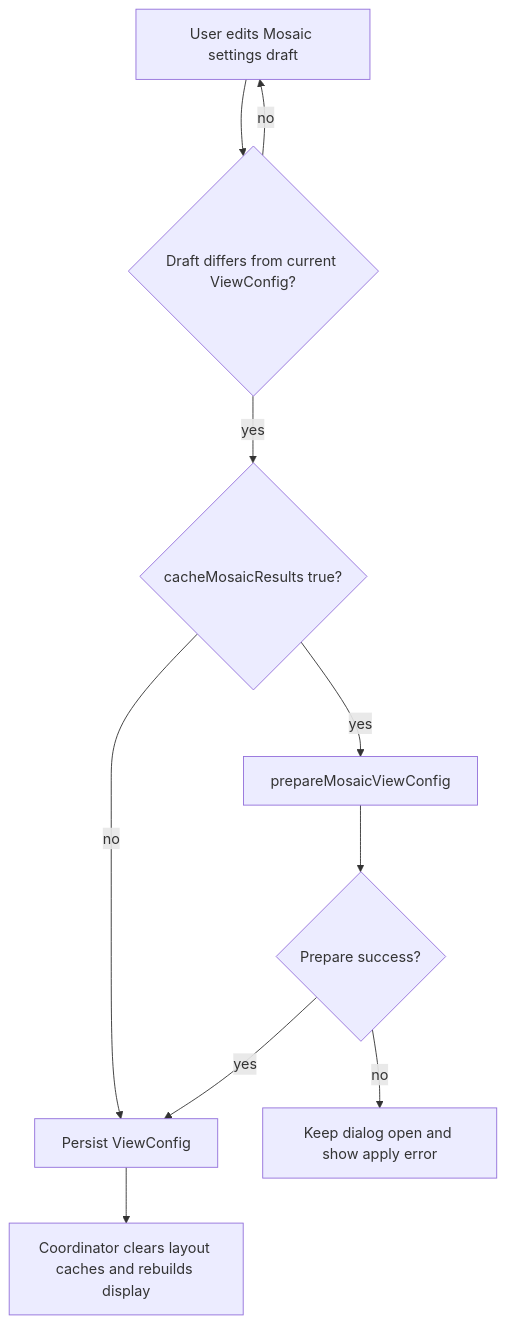
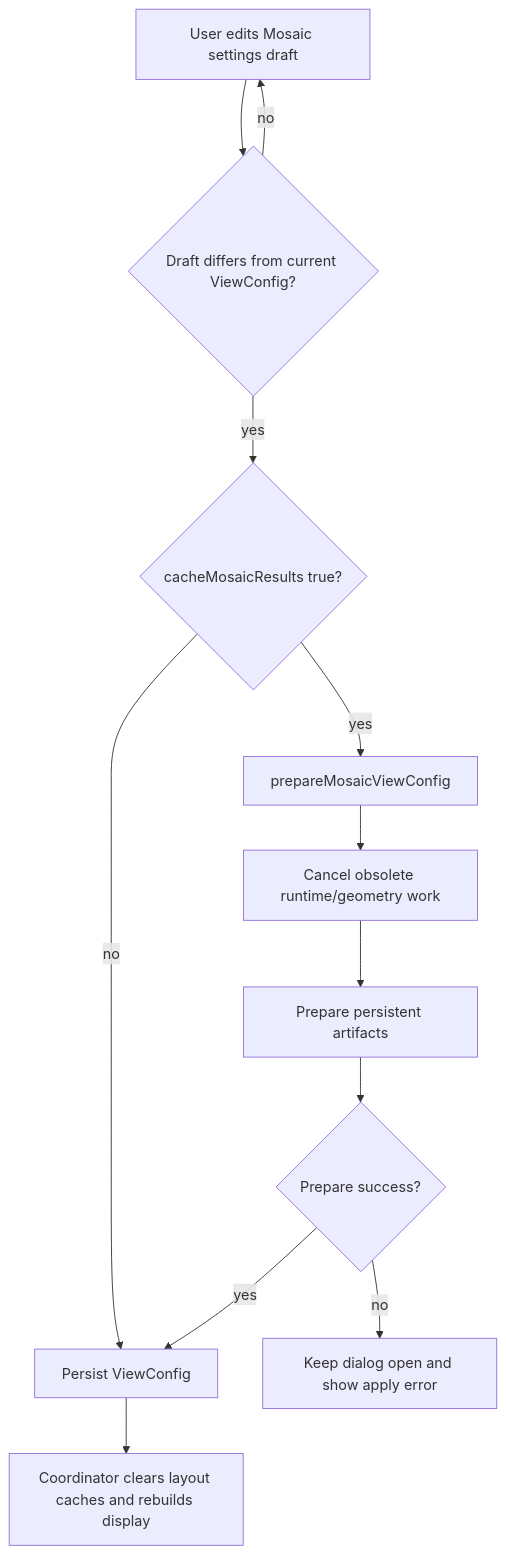
Before and after one commit to ch4ndu/ImmichGallery: the fifth of 9 diagrams in docs/ai/album-person-detail.md, drawn with Mermaid. The commit also changed other lines of this file and 11 other files, not shown here.

Commit message:
Cancel obsolete mosaic work during config prep

````diff
--- a/docs/ai/album-person-detail.md
+++ b/docs/ai/album-person-detail.md
@@ -265,21 +265,25 @@
 ```mermaid
 flowchart TD
     Draft[User edits Mosaic settings draft]
     Changed{Draft differs from current ViewConfig?}
     Cache{cacheMosaicResults true?}
     Prepare[prepareMosaicViewConfig]
+    Cancel[Cancel obsolete runtime/geometry work]
+    CacheWork[Prepare persistent artifacts]
     Success{Prepare success?}
     Persist[Persist ViewConfig]
     Rebuild[Coordinator clears layout caches and rebuilds display]
     Error[Keep dialog open and show apply error]
 
     Draft --> Changed
     Changed -- no --> Draft
     Changed -- yes --> Cache
     Cache -- no --> Persist
     Cache -- yes --> Prepare
-    Prepare --> Success
+    Prepare --> Cancel
+    Cancel --> CacheWork
+    CacheWork --> Success
     Success -- yes --> Persist
     Success -- no --> Error
     Persist --> Rebuild
 ```
````
